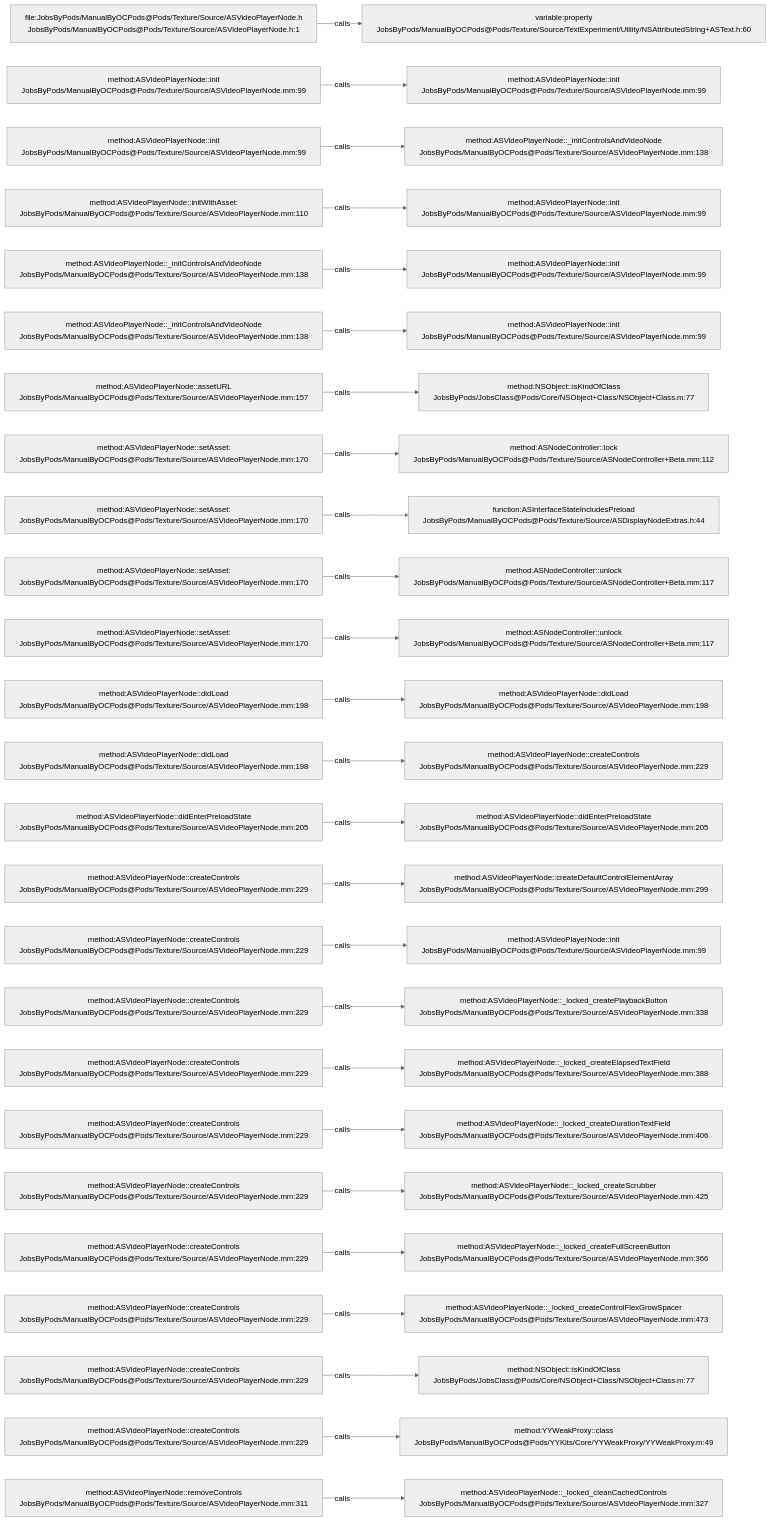
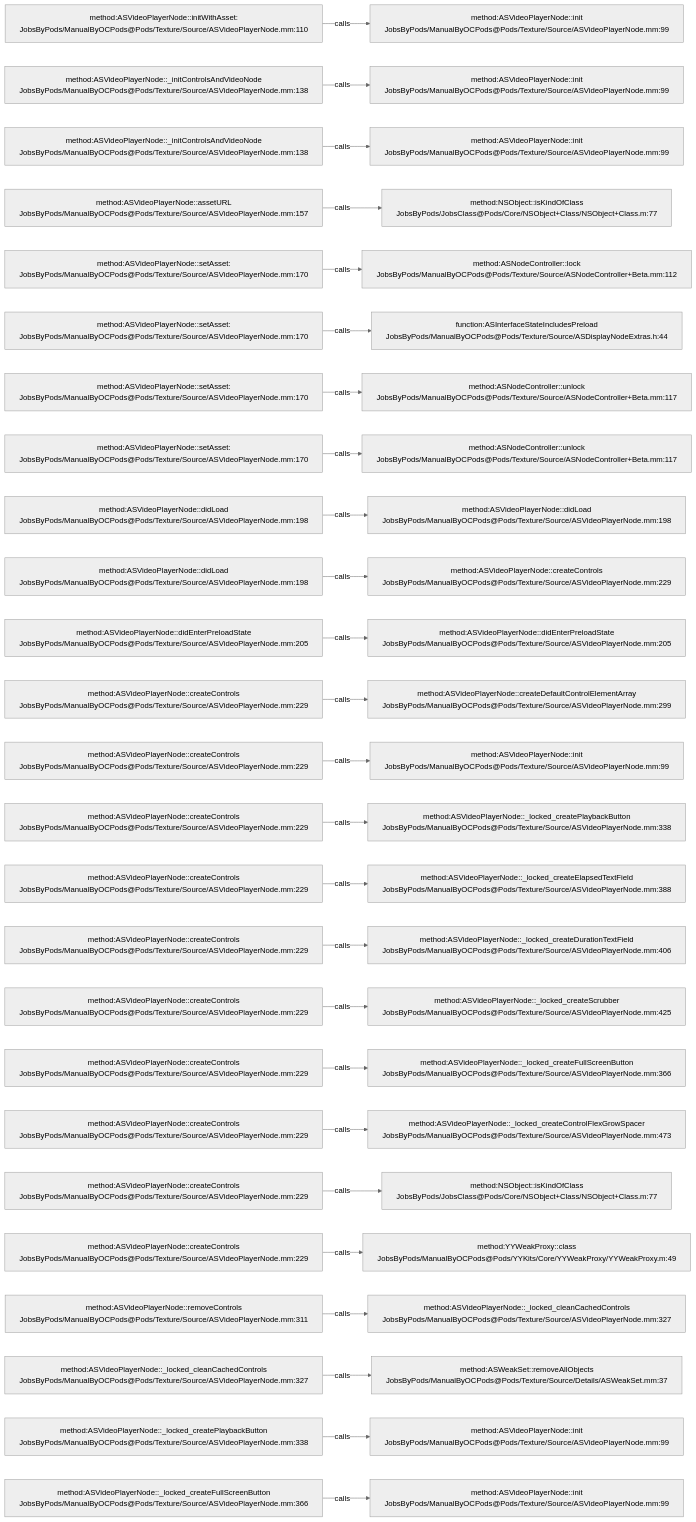
One commit to JobsKits/JobsOCBaseConfigDemo changed the diagram in .codegraph/codegraph.md/graphs/calls-147.md. Above: the diagram before and after it, drawn with Mermaid (neutral theme). The commit also changed 342 other files, not shown here.

````diff
--- a/.codegraph/codegraph.md/graphs/calls-147.md
+++ b/.codegraph/codegraph.md/graphs/calls-147.md
@@ -13,78 +13,78 @@
 ```mermaid
 flowchart LR
-  S1["file:JobsByPods/ManualByOCPods@Pods/Texture/Source/ASVideoPlayerNode.h<br/>JobsByPods/ManualByOCPods@Pods/Texture/Source/ASVideoPlayerNode.h:1"]
-  T1["variable:property<br/>JobsByPods/ManualByOCPods@Pods/Texture/Source/TextExperiment/Utility/NSAttributedString+ASText.h:60"]
+  S1["method:ASVideoPlayerNode::initWithAsset:<br/>JobsByPods/ManualByOCPods@Pods/Texture/Source/ASVideoPlayerNode.mm:110"]
+  T1["method:ASVideoPlayerNode::init<br/>JobsByPods/ManualByOCPods@Pods/Texture/Source/ASVideoPlayerNode.mm:99"]
   S1 -->|calls| T1
-  S2["method:ASVideoPlayerNode::init<br/>JobsByPods/ManualByOCPods@Pods/Texture/Source/ASVideoPlayerNode.mm:99"]
+  S2["method:ASVideoPlayerNode::_initControlsAndVideoNode<br/>JobsByPods/ManualByOCPods@Pods/Texture/Source/ASVideoPlayerNode.mm:138"]
   T2["method:ASVideoPlayerNode::init<br/>JobsByPods/ManualByOCPods@Pods/Texture/Source/ASVideoPlayerNode.mm:99"]
   S2 -->|calls| T2
-  S3["method:ASVideoPlayerNode::init<br/>JobsByPods/ManualByOCPods@Pods/Texture/Source/ASVideoPlayerNode.mm:99"]
-  T3["method:ASVideoPlayerNode::_initControlsAndVideoNode<br/>JobsByPods/ManualByOCPods@Pods/Texture/Source/ASVideoPlayerNode.mm:138"]
+  S3["method:ASVideoPlayerNode::_initControlsAndVideoNode<br/>JobsByPods/ManualByOCPods@Pods/Texture/Source/ASVideoPlayerNode.mm:138"]
+  T3["method:ASVideoPlayerNode::init<br/>JobsByPods/ManualByOCPods@Pods/Texture/Source/ASVideoPlayerNode.mm:99"]
   S3 -->|calls| T3
-  S4["method:ASVideoPlayerNode::initWithAsset:<br/>JobsByPods/ManualByOCPods@Pods/Texture/Source/ASVideoPlayerNode.mm:110"]
-  T4["method:ASVideoPlayerNode::init<br/>JobsByPods/ManualByOCPods@Pods/Texture/Source/ASVideoPlayerNode.mm:99"]
+  S4["method:ASVideoPlayerNode::assetURL<br/>JobsByPods/ManualByOCPods@Pods/Texture/Source/ASVideoPlayerNode.mm:157"]
+  T4["method:NSObject::isKindOfClass<br/>JobsByPods/JobsClass@Pods/Core/NSObject+Class/NSObject+Class.m:77"]
   S4 -->|calls| T4
-  S5["method:ASVideoPlayerNode::_initControlsAndVideoNode<br/>JobsByPods/ManualByOCPods@Pods/Texture/Source/ASVideoPlayerNode.mm:138"]
-  T5["method:ASVideoPlayerNode::init<br/>JobsByPods/ManualByOCPods@Pods/Texture/Source/ASVideoPlayerNode.mm:99"]
+  S5["method:ASVideoPlayerNode::setAsset:<br/>JobsByPods/ManualByOCPods@Pods/Texture/Source/ASVideoPlayerNode.mm:170"]
+  T5["method:ASNodeController::lock<br/>JobsByPods/ManualByOCPods@Pods/Texture/Source/ASNodeController+Beta.mm:112"]
   S5 -->|calls| T5
-  S6["method:ASVideoPlayerNode::_initControlsAndVideoNode<br/>JobsByPods/ManualByOCPods@Pods/Texture/Source/ASVideoPlayerNode.mm:138"]
-  T6["method:ASVideoPlayerNode::init<br/>JobsByPods/ManualByOCPods@Pods/Texture/Source/ASVideoPlayerNode.mm:99"]
+  S6["method:ASVideoPlayerNode::setAsset:<br/>JobsByPods/ManualByOCPods@Pods/Texture/Source/ASVideoPlayerNode.mm:170"]
+  T6["function:ASInterfaceStateIncludesPreload<br/>JobsByPods/ManualByOCPods@Pods/Texture/Source/ASDisplayNodeExtras.h:44"]
   S6 -->|calls| T6
-  S7["method:ASVideoPlayerNode::assetURL<br/>JobsByPods/ManualByOCPods@Pods/Texture/Source/ASVideoPlayerNode.mm:157"]
-  T7["method:NSObject::isKindOfClass<br/>JobsByPods/JobsClass@Pods/Core/NSObject+Class/NSObject+Class.m:77"]
+  S7["method:ASVideoPlayerNode::setAsset:<br/>JobsByPods/ManualByOCPods@Pods/Texture/Source/ASVideoPlayerNode.mm:170"]
+  T7["method:ASNodeController::unlock<br/>JobsByPods/ManualByOCPods@Pods/Texture/Source/ASNodeController+Beta.mm:117"]
   S7 -->|calls| T7
   S8["method:ASVideoPlayerNode::setAsset:<br/>JobsByPods/ManualByOCPods@Pods/Texture/Source/ASVideoPlayerNode.mm:170"]
-  T8["method:ASNodeController::lock<br/>JobsByPods/ManualByOCPods@Pods/Texture/Source/ASNodeController+Beta.mm:112"]
+  T8["method:ASNodeController::unlock<br/>JobsByPods/ManualByOCPods@Pods/Texture/Source/ASNodeController+Beta.mm:117"]
   S8 -->|calls| T8
-  S9["method:ASVideoPlayerNode::setAsset:<br/>JobsByPods/ManualByOCPods@Pods/Texture/Source/ASVideoPlayerNode.mm:170"]
-  T9["function:ASInterfaceStateIncludesPreload<br/>JobsByPods/ManualByOCPods@Pods/Texture/Source/ASDisplayNodeExtras.h:44"]
+  S9["method:ASVideoPlayerNode::didLoad<br/>JobsByPods/ManualByOCPods@Pods/Texture/Source/ASVideoPlayerNode.mm:198"]
+  T9["method:ASVideoPlayerNode::didLoad<br/>JobsByPods/ManualByOCPods@Pods/Texture/Source/ASVideoPlayerNode.mm:198"]
   S9 -->|calls| T9
-  S10["method:ASVideoPlayerNode::setAsset:<br/>JobsByPods/ManualByOCPods@Pods/Texture/Source/ASVideoPlayerNode.mm:170"]
-  T10["method:ASNodeController::unlock<br/>JobsByPods/ManualByOCPods@Pods/Texture/Source/ASNodeController+Beta.mm:117"]
+  S10["method:ASVideoPlayerNode::didLoad<br/>JobsByPods/ManualByOCPods@Pods/Texture/Source/ASVideoPlayerNode.mm:198"]
+  T10["method:ASVideoPlayerNode::createControls<br/>JobsByPods/ManualByOCPods@Pods/Texture/Source/ASVideoPlayerNode.mm:229"]
   S10 -->|calls| T10
-  S11["method:ASVideoPlayerNode::setAsset:<br/>JobsByPods/ManualByOCPods@Pods/Texture/Source/ASVideoPlayerNode.mm:170"]
-  T11["method:ASNodeController::unlock<br/>JobsByPods/ManualByOCPods@Pods/Texture/Source/ASNodeController+Beta.mm:117"]
+  S11["method:ASVideoPlayerNode::didEnterPreloadState<br/>JobsByPods/ManualByOCPods@Pods/Texture/Source/ASVideoPlayerNode.mm:205"]
+  T11["method:ASVideoPlayerNode::didEnterPreloadState<br/>JobsByPods/ManualByOCPods@Pods/Texture/Source/ASVideoPlayerNode.mm:205"]
   S11 -->|calls| T11
-  S12["method:ASVideoPlayerNode::didLoad<br/>JobsByPods/ManualByOCPods@Pods/Texture/Source/ASVideoPlayerNode.mm:198"]
-  T12["method:ASVideoPlayerNode::didLoad<br/>JobsByPods/ManualByOCPods@Pods/Texture/Source/ASVideoPlayerNode.mm:198"]
+  S12["method:ASVideoPlayerNode::createControls<br/>JobsByPods/ManualByOCPods@Pods/Texture/Source/ASVideoPlayerNode.mm:229"]
+  T12["method:ASVideoPlayerNode::createDefaultControlElementArray<br/>JobsByPods/ManualByOCPods@Pods/Texture/Source/ASVideoPlayerNode.mm:299"]
   S12 -->|calls| T12
-  S13["method:ASVideoPlayerNode::didLoad<br/>JobsByPods/ManualByOCPods@Pods/Texture/Source/ASVideoPlayerNode.mm:198"]
-  T13["method:ASVideoPlayerNode::createControls<br/>JobsByPods/ManualByOCPods@Pods/Texture/Source/ASVideoPlayerNode.mm:229"]
+  S13["method:ASVideoPlayerNode::createControls<br/>JobsByPods/ManualByOCPods@Pods/Texture/Source/ASVideoPlayerNode.mm:229"]
+  T13["method:ASVideoPlayerNode::init<br/>JobsByPods/ManualByOCPods@Pods/Texture/Source/ASVideoPlayerNode.mm:99"]
   S13 -->|calls| T13
-  S14["method:ASVideoPlayerNode::didEnterPreloadState<br/>JobsByPods/ManualByOCPods@Pods/Texture/Source/ASVideoPlayerNode.mm:205"]
-  T14["method:ASVideoPlayerNode::didEnterPreloadState<br/>JobsByPods/ManualByOCPods@Pods/Texture/Source/ASVideoPlayerNode.mm:205"]
+  S14["method:ASVideoPlayerNode::createControls<br/>JobsByPods/ManualByOCPods@Pods/Texture/Source/ASVideoPlayerNode.mm:229"]
+  T14["method:ASVideoPlayerNode::_locked_createPlaybackButton<br/>JobsByPods/ManualByOCPods@Pods/Texture/Source/ASVideoPlayerNode.mm:338"]
   S14 -->|calls| T14
   S15["method:ASVideoPlayerNode::createControls<br/>JobsByPods/ManualByOCPods@Pods/Texture/Source/ASVideoPlayerNode.mm:229"]
-  T15["method:ASVideoPlayerNode::createDefaultControlElementArray<br/>JobsByPods/ManualByOCPods@Pods/Texture/Source/ASVideoPlayerNode.mm:299"]
+  T15["method:ASVideoPlayerNode::_locked_createElapsedTextField<br/>JobsByPods/ManualByOCPods@Pods/Texture/Source/ASVideoPlayerNode.mm:388"]
   S15 -->|calls| T15
   S16["method:ASVideoPlayerNode::createControls<br/>JobsByPods/ManualByOCPods@Pods/Texture/Source/ASVideoPlayerNode.mm:229"]
-  T16["method:ASVideoPlayerNode::init<br/>JobsByPods/ManualByOCPods@Pods/Texture/Source/ASVideoPlayerNode.mm:99"]
+  T16["method:ASVideoPlayerNode::_locked_createDurationTextField<br/>JobsByPods/ManualByOCPods@Pods/Texture/Source/ASVideoPlayerNode.mm:406"]
   S16 -->|calls| T16
   S17["method:ASVideoPlayerNode::createControls<br/>JobsByPods/ManualByOCPods@Pods/Texture/Source/ASVideoPlayerNode.mm:229"]
-  T17["method:ASVideoPlayerNode::_locked_createPlaybackButton<br/>JobsByPods/ManualByOCPods@Pods/Texture/Source/ASVideoPlayerNode.mm:338"]
+  T17["method:ASVideoPlayerNode::_locked_createScrubber<br/>JobsByPods/ManualByOCPods@Pods/Texture/Source/ASVideoPlayerNode.mm:425"]
   S17 -->|calls| T17
   S18["method:ASVideoPlayerNode::createControls<br/>JobsByPods/ManualByOCPods@Pods/Texture/Source/ASVideoPlayerNode.mm:229"]
-  T18["method:ASVideoPlayerNode::_locked_createElapsedTextField<br/>JobsByPods/ManualByOCPods@Pods/Texture/Source/ASVideoPlayerNode.mm:388"]
+  T18["method:ASVideoPlayerNode::_locked_createFullScreenButton<br/>JobsByPods/ManualByOCPods@Pods/Texture/Source/ASVideoPlayerNode.mm:366"]
   S18 -->|calls| T18
   S19["method:ASVideoPlayerNode::createControls<br/>JobsByPods/ManualByOCPods@Pods/Texture/Source/ASVideoPlayerNode.mm:229"]
-  T19["method:ASVideoPlayerNode::_locked_createDurationTextField<br/>JobsByPods/ManualByOCPods@Pods/Texture/Source/ASVideoPlayerNode.mm:406"]
+  T19["method:ASVideoPlayerNode::_locked_createControlFlexGrowSpacer<br/>JobsByPods/ManualByOCPods@Pods/Texture/Source/ASVideoPlayerNode.mm:473"]
   S19 -->|calls| T19
   S20["method:ASVideoPlayerNode::createControls<br/>JobsByPods/ManualByOCPods@Pods/Texture/Source/ASVideoPlayerNode.mm:229"]
-  T20["method:ASVideoPlayerNode::_locked_createScrubber<br/>JobsByPods/ManualByOCPods@Pods/Texture/Source/ASVideoPlayerNode.mm:425"]
+  T20["method:NSObject::isKindOfClass<br/>JobsByPods/JobsClass@Pods/Core/NSObject+Class/NSObject+Class.m:77"]
   S20 -->|calls| T20
   S21["method:ASVideoPlayerNode::createControls<br/>JobsByPods/ManualByOCPods@Pods/Texture/Source/ASVideoPlayerNode.mm:229"]
-  T21["method:ASVideoPlayerNode::_locked_createFullScreenButton<br/>JobsByPods/ManualByOCPods@Pods/Texture/Source/ASVideoPlayerNode.mm:366"]
+  T21["method:YYWeakProxy::class<br/>JobsByPods/ManualByOCPods@Pods/YYKits/Core/YYWeakProxy/YYWeakProxy.m:49"]
   S21 -->|calls| T21
-  S22["method:ASVideoPlayerNode::createControls<br/>JobsByPods/ManualByOCPods@Pods/Texture/Source/ASVideoPlayerNode.mm:229"]
-  T22["method:ASVideoPlayerNode::_locked_createControlFlexGrowSpacer<br/>JobsByPods/ManualByOCPods@Pods/Texture/Source/ASVideoPlayerNode.mm:473"]
+  S22["method:ASVideoPlayerNode::removeControls<br/>JobsByPods/ManualByOCPods@Pods/Texture/Source/ASVideoPlayerNode.mm:311"]
+  T22["method:ASVideoPlayerNode::_locked_cleanCachedControls<br/>JobsByPods/ManualByOCPods@Pods/Texture/Source/ASVideoPlayerNode.mm:327"]
   S22 -->|calls| T22
-  S23["method:ASVideoPlayerNode::createControls<br/>JobsByPods/ManualByOCPods@Pods/Texture/Source/ASVideoPlayerNode.mm:229"]
-  T23["method:NSObject::isKindOfClass<br/>JobsByPods/JobsClass@Pods/Core/NSObject+Class/NSObject+Class.m:77"]
+  S23["method:ASVideoPlayerNode::_locked_cleanCachedControls<br/>JobsByPods/ManualByOCPods@Pods/Texture/Source/ASVideoPlayerNode.mm:327"]
+  T23["method:ASWeakSet::removeAllObjects<br/>JobsByPods/ManualByOCPods@Pods/Texture/Source/Details/ASWeakSet.mm:37"]
   S23 -->|calls| T23
-  S24["method:ASVideoPlayerNode::createControls<br/>JobsByPods/ManualByOCPods@Pods/Texture/Source/ASVideoPlayerNode.mm:229"]
-  T24["method:YYWeakProxy::class<br/>JobsByPods/ManualByOCPods@Pods/YYKits/Core/YYWeakProxy/YYWeakProxy.m:49"]
+  S24["method:ASVideoPlayerNode::_locked_createPlaybackButton<br/>JobsByPods/ManualByOCPods@Pods/Texture/Source/ASVideoPlayerNode.mm:338"]
+  T24["method:ASVideoPlayerNode::init<br/>JobsByPods/ManualByOCPods@Pods/Texture/Source/ASVideoPlayerNode.mm:99"]
   S24 -->|calls| T24
-  S25["method:ASVideoPlayerNode::removeControls<br/>JobsByPods/ManualByOCPods@Pods/Texture/Source/ASVideoPlayerNode.mm:311"]
-  T25["method:ASVideoPlayerNode::_locked_cleanCachedControls<br/>JobsByPods/ManualByOCPods@Pods/Texture/Source/ASVideoPlayerNode.mm:327"]
+  S25["method:ASVideoPlayerNode::_locked_createFullScreenButton<br/>JobsByPods/ManualByOCPods@Pods/Texture/Source/ASVideoPlayerNode.mm:366"]
+  T25["method:ASVideoPlayerNode::init<br/>JobsByPods/ManualByOCPods@Pods/Texture/Source/ASVideoPlayerNode.mm:99"]
   S25 -->|calls| T25
 ```
````
